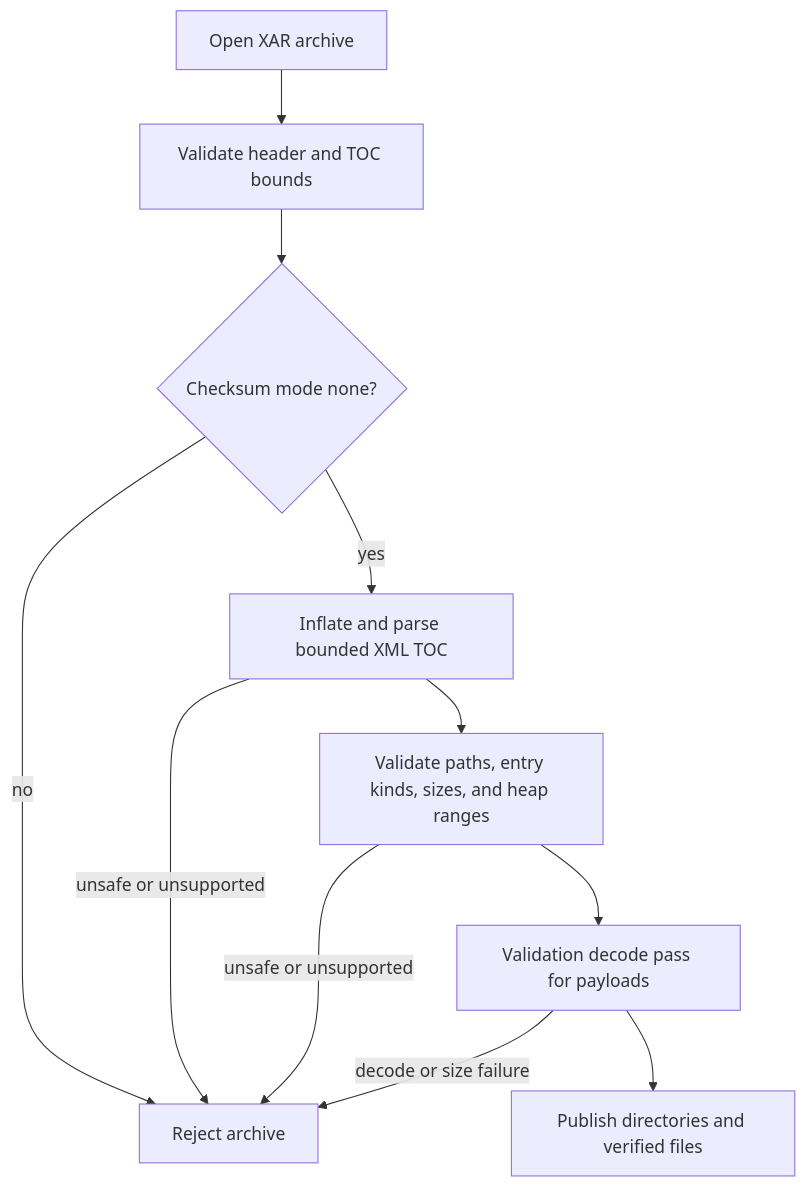
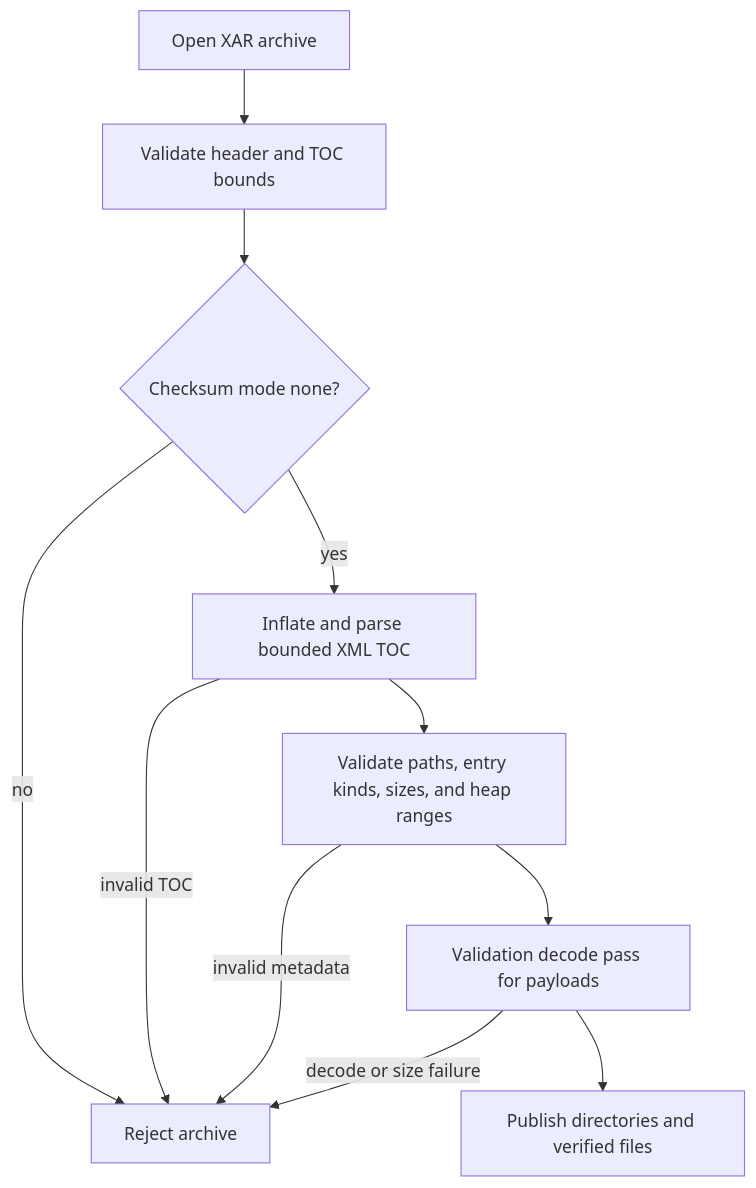
Before and after one commit to strmt7/FlitzZip: diagram 11 of 24 in docs/archive-format-support.md, drawn with Mermaid. The commit also changed other lines of this file and 166 other files, not shown here.

````diff
--- a/docs/archive-format-support.md
+++ b/docs/archive-format-support.md
@@ -800,13 +801,13 @@
 ```mermaid
 flowchart TD
     A["Open XAR archive"] --> B["Validate header and TOC bounds"]
     B --> C{"Checksum mode none?"}
     C -->|"no"| G["Reject archive"]
     C -->|"yes"| D["Inflate and parse bounded XML TOC"]
     D --> E["Validate paths, entry kinds, sizes, and heap ranges"]
     E --> F["Validation decode pass for payloads"]
     F --> H["Publish directories and verified files"]
-    D -->|"unsafe or unsupported"| G
-    E -->|"unsafe or unsupported"| G
+    D -->|"invalid TOC"| G
+    E -->|"invalid metadata"| G
     F -->|"decode or size failure"| G
 ```
````
